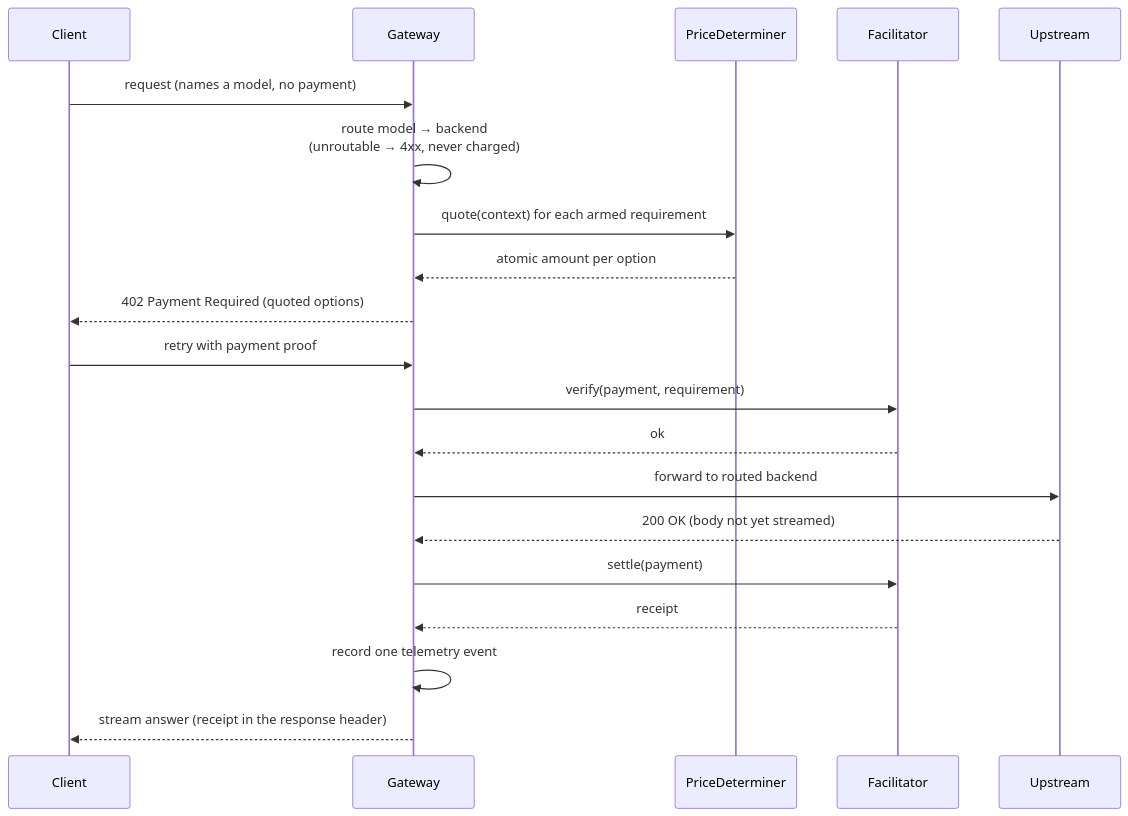
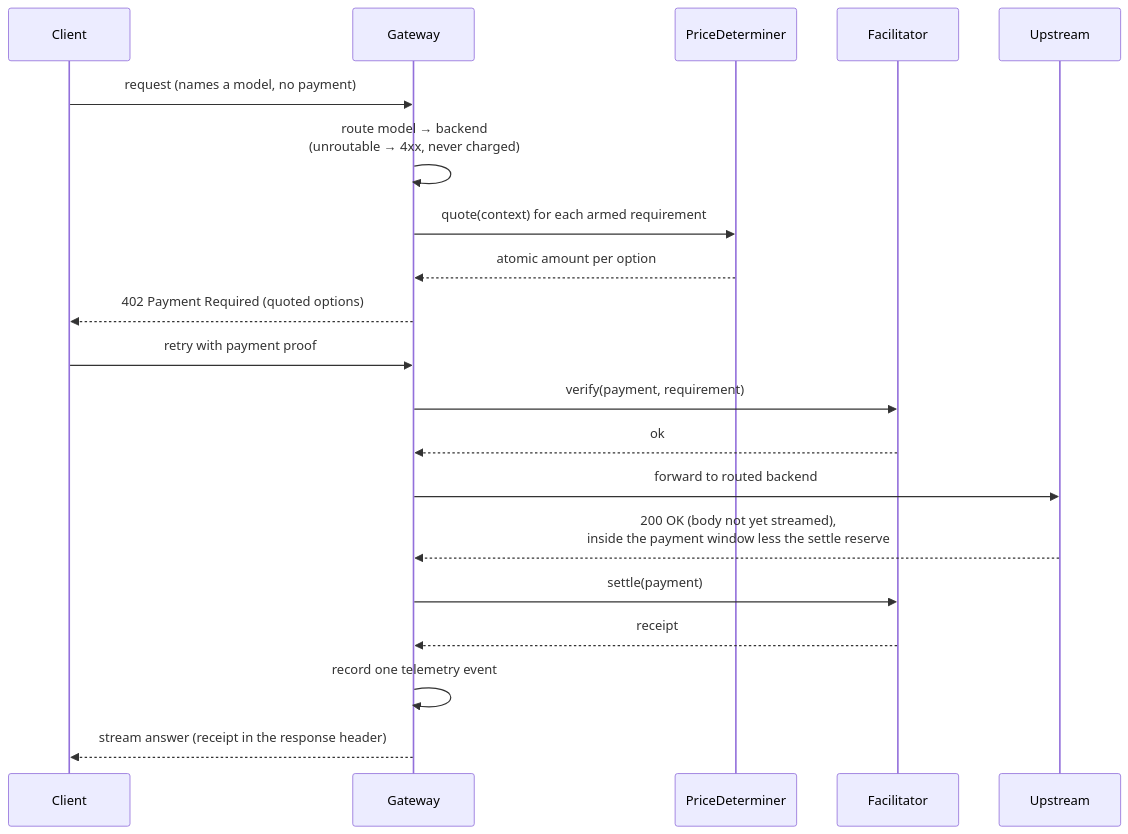
The fourth of 5 diagrams in docs/architecture.md (geekinasuit/obolus), drawn with Mermaid before and after one commit. The commit also changed other lines of this file and 8 other files, not shown here.

````diff
--- a/docs/architecture.md
+++ b/docs/architecture.md
@@ -217,23 +222,23 @@
 ```mermaid
 sequenceDiagram
   participant C as Client
   participant G as Gateway
   participant P as PriceDeterminer
   participant F as Facilitator
   participant U as Upstream
 
   C->>G: request (names a model, no payment)
   G->>G: route model → backend<br/>(unroutable → 4xx, never charged)
   G->>P: quote(context) for each armed requirement
   P-->>G: atomic amount per option
   G-->>C: 402 Payment Required (quoted options)
   C->>G: retry with payment proof
   G->>F: verify(payment, requirement)
   F-->>G: ok
   G->>U: forward to routed backend
-  U-->>G: 200 OK (body not yet streamed)
+  U-->>G: 200 OK (body not yet streamed),<br/>inside the payment window less the settle reserve
   G->>F: settle(payment)
   F-->>G: receipt
   G->>G: record one telemetry event
   G-->>C: stream answer (receipt in the response header)
 ```
````
